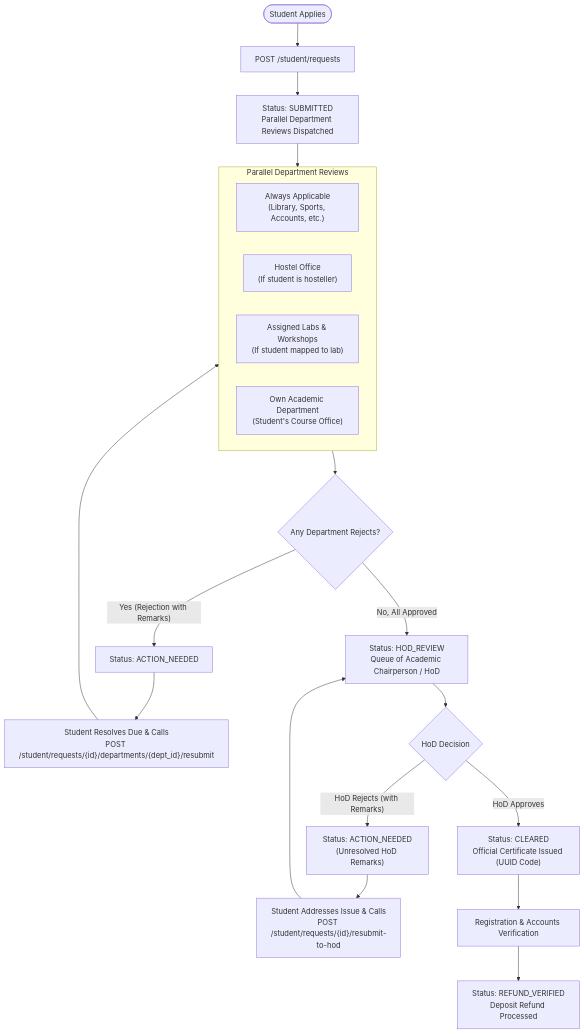
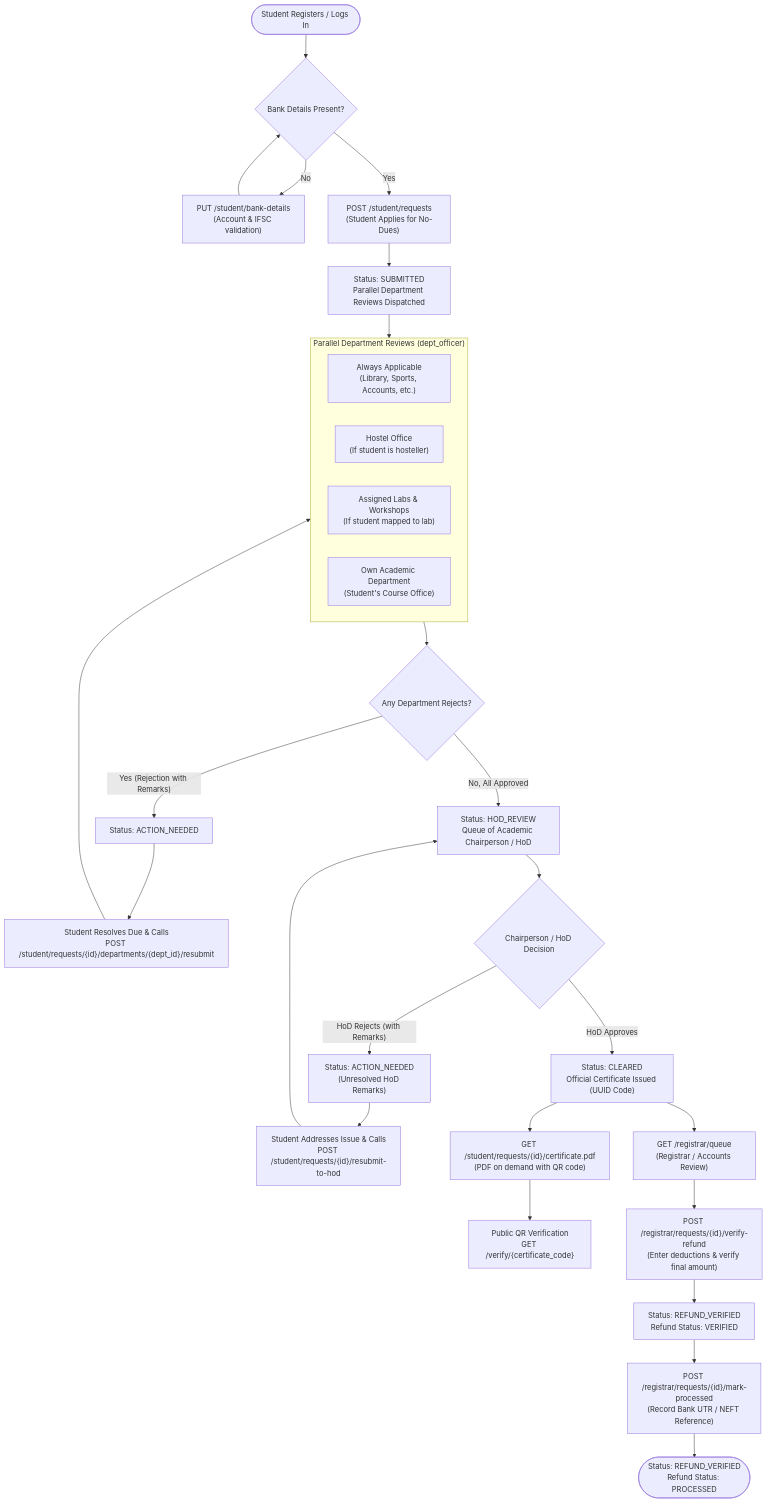
One commit to gauravais/no_dues changed the diagram in backend/API_GUIDE.md. Above: the diagram before and after it, drawn with Mermaid. The commit also changed other lines of this file and 22 other files, not shown here.

Commit message:
feat: implement Phase 2 with PDF generation, CSV roster uploads, and registrar workflow

````diff
--- a/backend/API_GUIDE.md
+++ b/backend/API_GUIDE.md
@@ -34,30 +34,41 @@
 ```mermaid
 flowchart TD
-    Start([Student Applies]) --> CreateReq["POST /student/requests"]
+    Start([Student Registers / Logs In]) --> BankCheck{Bank Details Present?}
+    BankCheck -- "No" --> SetBank["PUT /student/bank-details<br/>(Account & IFSC validation)"]
+    SetBank --> BankCheck
+    BankCheck -- "Yes" --> CreateReq["POST /student/requests<br/>(Student Applies for No-Dues)"]
+    
     CreateReq --> Submitted["Status: SUBMITTED<br/>Parallel Department Reviews Dispatched"]
 
-    subgraph ParallelReviews ["Parallel Department Reviews"]
+    subgraph ParallelReviews ["Parallel Department Reviews (dept_officer)"]
         DeptAlways["Always Applicable<br/>(Library, Sports, Accounts, etc.)"]
         DeptHostel["Hostel Office<br/>(If student is hosteller)"]
         DeptAssigned["Assigned Labs & Workshops<br/>(If student mapped to lab)"]
         DeptAcademic["Own Academic Department<br/>(Student's Course Office)"]
     end
 
     Submitted --> ParallelReviews
 
     ParallelReviews --> CheckDecision{Any Department Rejects?}
     CheckDecision -- "Yes (Rejection with Remarks)" --> ActionNeeded["Status: ACTION_NEEDED"]
     ActionNeeded --> StudentFixes["Student Resolves Due & Calls<br/>POST /student/requests/{id}/departments/{dept_id}/resubmit"]
     StudentFixes --> ParallelReviews
 
     CheckDecision -- "No, All Approved" --> HoDReview["Status: HOD_REVIEW<br/>Queue of Academic Chairperson / HoD"]
 
-    HoDReview --> HoDDecision{HoD Decision}
+    HoDReview --> HoDDecision{Chairperson / HoD Decision}
     HoDDecision -- "HoD Rejects (with Remarks)" --> HoDActionNeeded["Status: ACTION_NEEDED<br/>(Unresolved HoD Remarks)"]
     HoDActionNeeded --> ResubmitHoD["Student Addresses Issue & Calls<br/>POST /student/requests/{id}/resubmit-to-hod"]
     ResubmitHoD --> HoDReview
 
     HoDDecision -- "HoD Approves" --> Cleared["Status: CLEARED<br/>Official Certificate Issued (UUID Code)"]
-    Cleared --> RefundVerification["Registration & Accounts Verification"]
-    RefundVerification --> RefundVerified["Status: REFUND_VERIFIED<br/>Deposit Refund Processed"]
+    
+    Cleared --> CertDownload["GET /student/requests/{id}/certificate.pdf<br/>(PDF on demand with QR code)"]
+    CertDownload --> PublicVerify["Public QR Verification<br/>GET /verify/{certificate_code}"]
+
+    Cleared --> RegistrarQueue["GET /registrar/queue<br/>(Registrar / Accounts Review)"]
+    RegistrarQueue --> VerifyRefund["POST /registrar/requests/{id}/verify-refund<br/>(Enter deductions & verify final amount)"]
+    VerifyRefund --> RefundVerified["Status: REFUND_VERIFIED<br/>Refund Status: VERIFIED"]
+    RefundVerified --> MarkDisbursed["POST /registrar/requests/{id}/mark-processed<br/>(Record Bank UTR / NEFT Reference)"]
+    MarkDisbursed --> End([Status: REFUND_VERIFIED<br/>Refund Status: PROCESSED])
 ```
````
